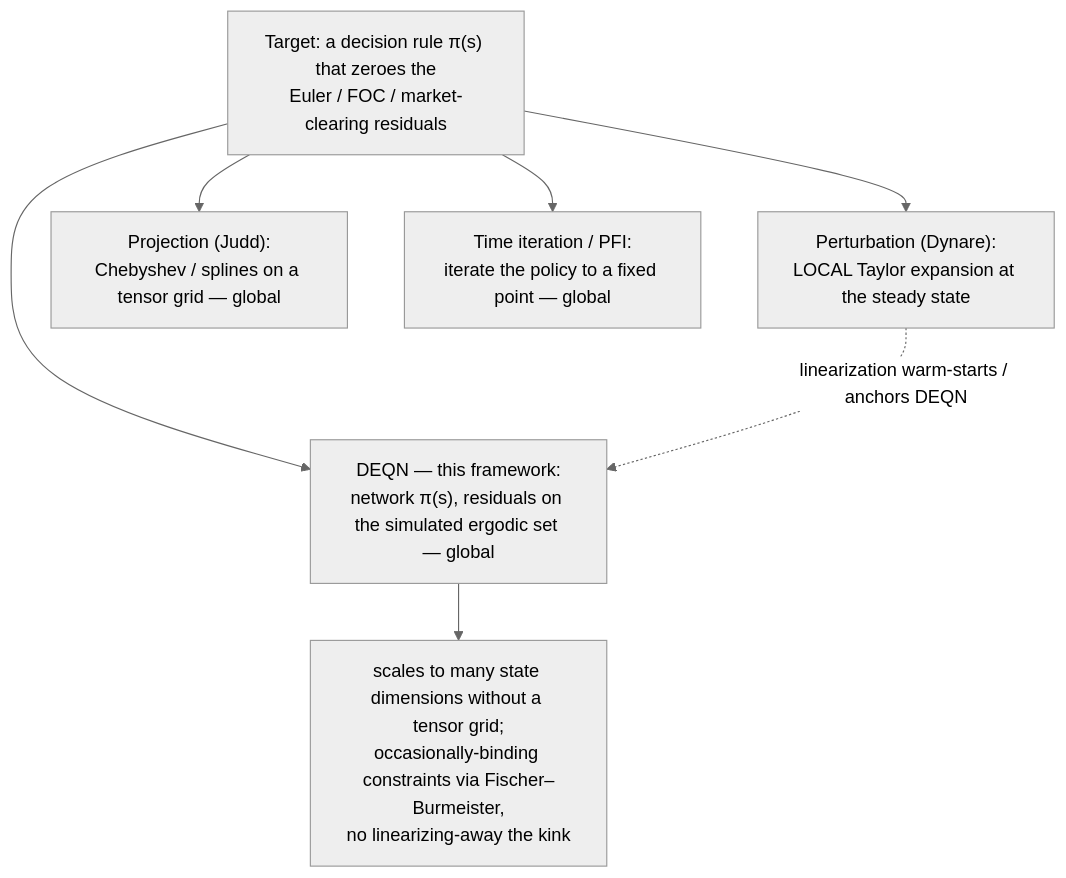
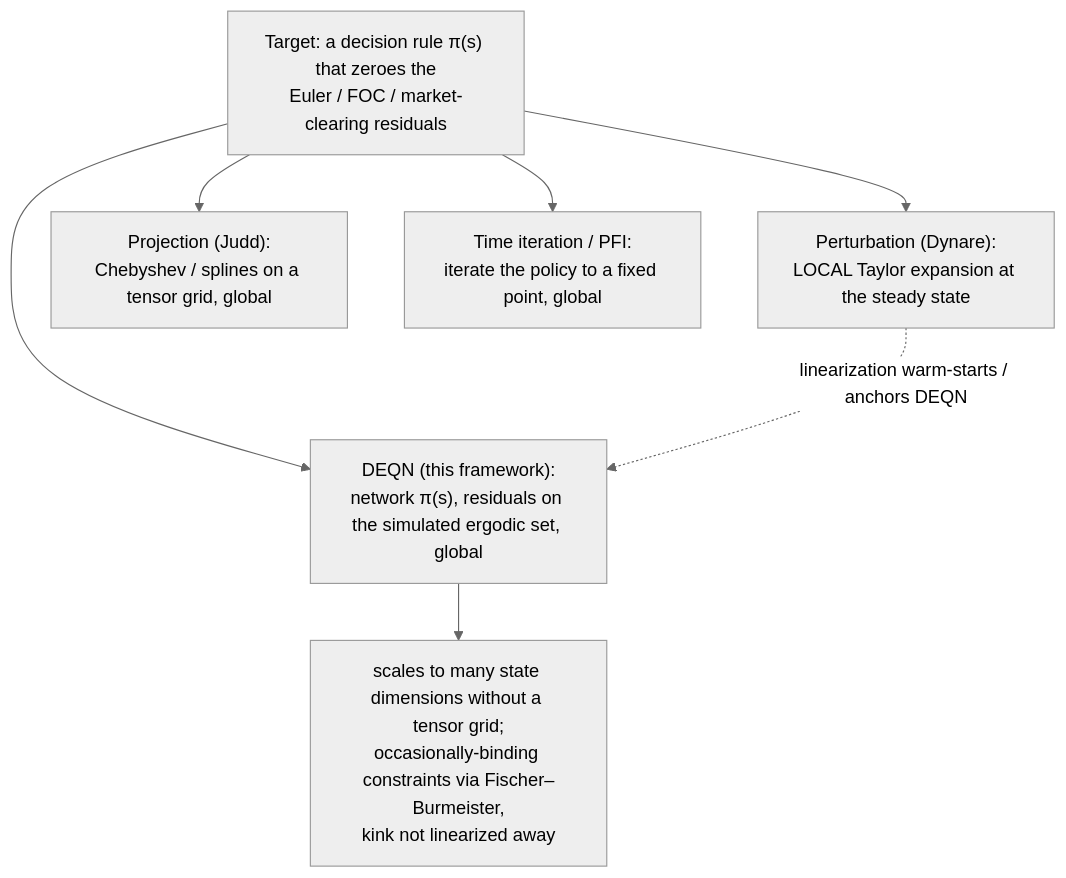
Before and after one commit to deqn-jax/deqn-jax: the second of 2 diagrams in docs/site/index.md, drawn with Mermaid (neutral theme). The commit also changed other lines of this file and 5 other files, not shown here.

````diff
--- a/docs/site/index.md
+++ b/docs/site/index.md
@@ -144,10 +131,10 @@
     ```mermaid
     flowchart TD
         T["Target: a decision rule &pi;(s) that zeroes the<br/>Euler / FOC / market-clearing residuals"]
         T --> L["Perturbation (Dynare):<br/>LOCAL Taylor expansion at the steady state"]
-        T --> P["Projection (Judd):<br/>Chebyshev / splines on a tensor grid — global"]
-        T --> I["Time iteration / PFI:<br/>iterate the policy to a fixed point — global"]
-        T --> D["DEQN — this framework:<br/>network &pi;(s), residuals on the simulated ergodic set — global"]
-        D --> N["scales to many state dimensions without a tensor grid;<br/>occasionally-binding constraints via Fischer–Burmeister,<br/>no linearizing-away the kink"]
+        T --> P["Projection (Judd):<br/>Chebyshev / splines on a tensor grid, global"]
+        T --> I["Time iteration / PFI:<br/>iterate the policy to a fixed point, global"]
+        T --> D["DEQN (this framework):<br/>network &pi;(s), residuals on the simulated ergodic set, global"]
+        D --> N["scales to many state dimensions without a tensor grid;<br/>occasionally-binding constraints via Fischer–Burmeister,<br/>kink not linearized away"]
         L -.->|linearization warm-starts / anchors DEQN| D
     ```
````
